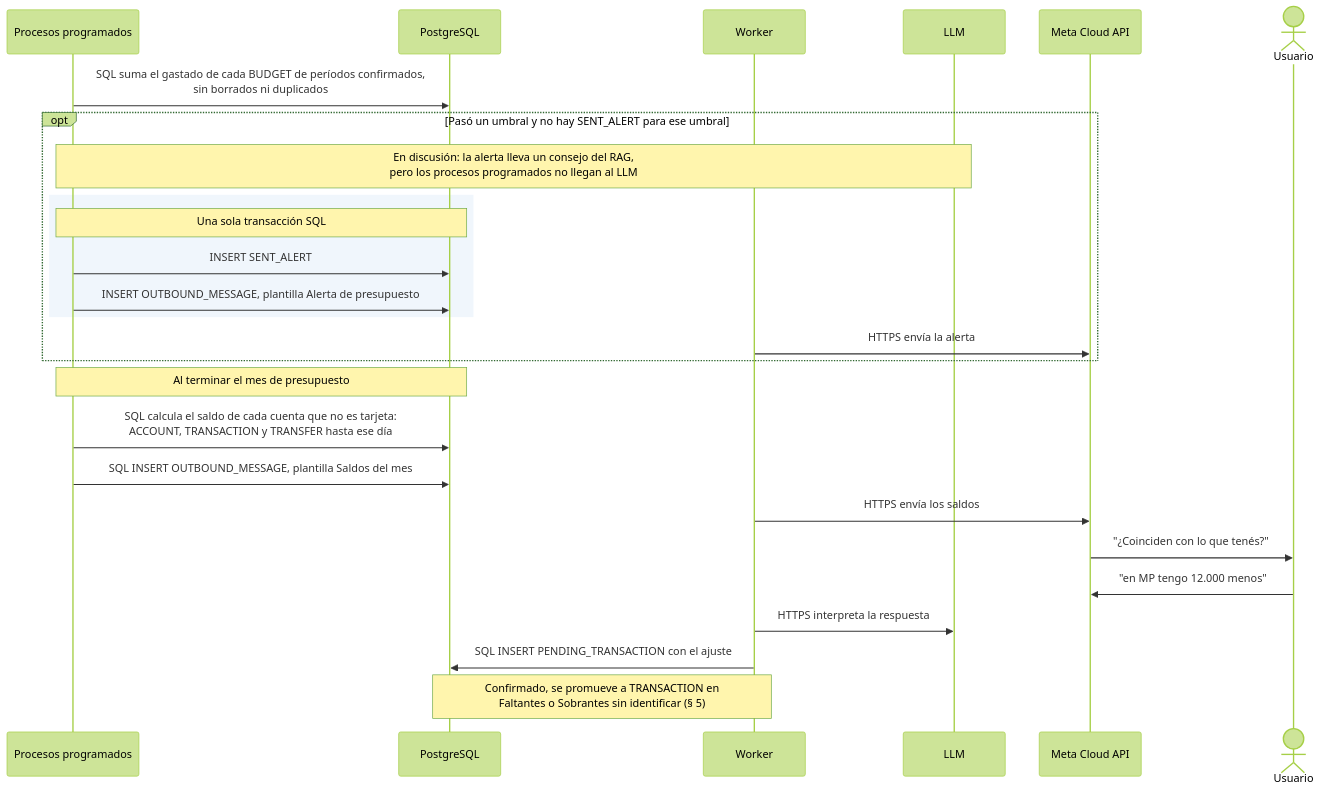
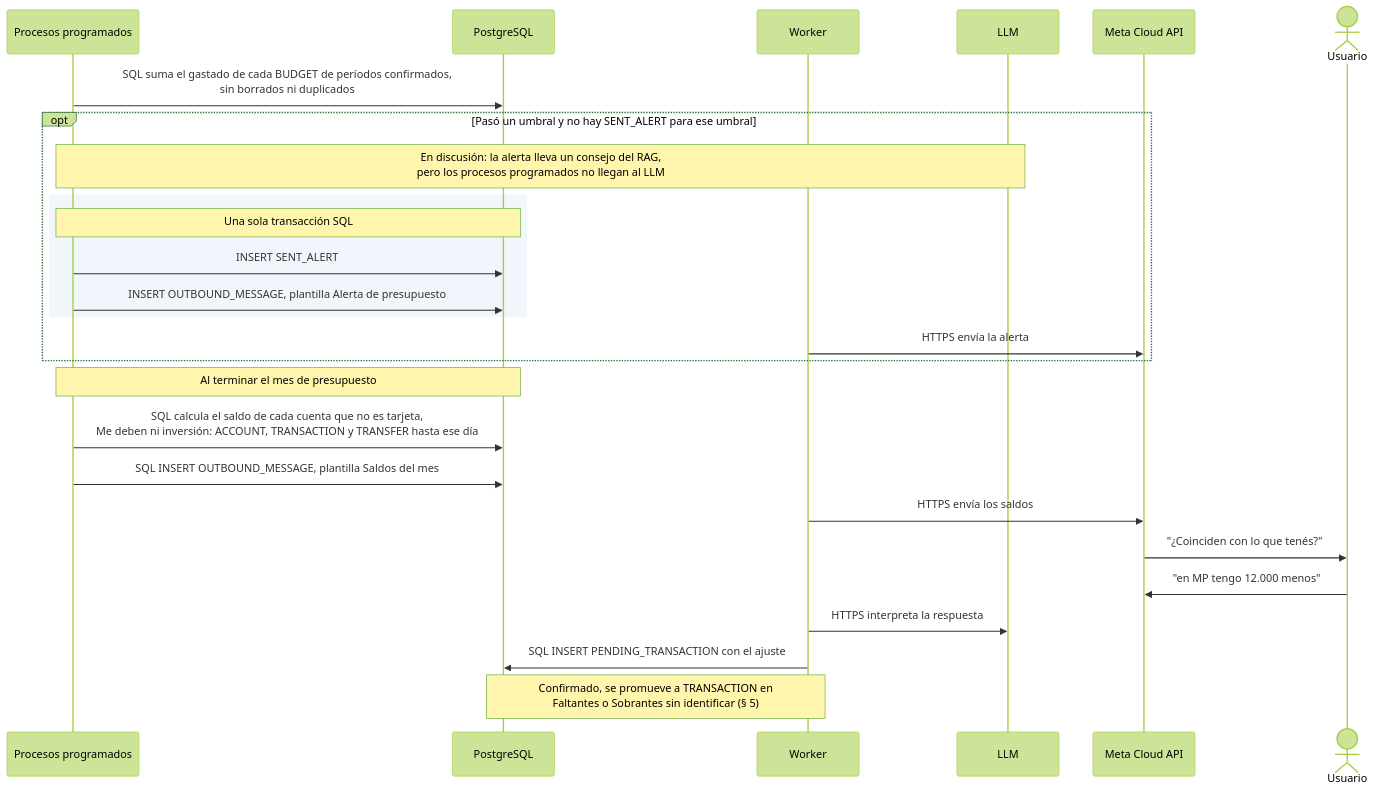
The seventh of 10 diagrams in docs/recorrido-completo.md (verozacarias-prog/AI4Devs-finalproject), drawn with Mermaid (forest theme) before and after one commit. The commit also changed 4 other files, not shown here.

First line of the commit message:
docs: una cuenta de inversión solo recibe aportes y retiros

````diff
--- a/docs/recorrido-completo.md
+++ b/docs/recorrido-completo.md
@@ -308,29 +308,29 @@
 ```mermaid
 sequenceDiagram
     participant S as Procesos programados
     participant DB as PostgreSQL
     participant W as Worker
     participant L as LLM
     participant M as Meta Cloud API
     actor U as Usuario
 
     S->>DB: SQL suma el gastado de cada BUDGET de períodos confirmados,<br/>sin borrados ni duplicados
     opt Pasó un umbral y no hay SENT_ALERT para ese umbral
         Note over S,L: En discusión: la alerta lleva un consejo del RAG,<br/>pero los procesos programados no llegan al LLM
         rect rgb(240, 246, 252)
             Note over S,DB: Una sola transacción SQL
             S->>DB: INSERT SENT_ALERT
             S->>DB: INSERT OUTBOUND_MESSAGE, plantilla Alerta de presupuesto
         end
         W->>M: HTTPS envía la alerta
     end
     Note over S,DB: Al terminar el mes de presupuesto
-    S->>DB: SQL calcula el saldo de cada cuenta que no es tarjeta:<br/>ACCOUNT, TRANSACTION y TRANSFER hasta ese día
+    S->>DB: SQL calcula el saldo de cada cuenta que no es tarjeta,<br/>Me deben ni inversión: ACCOUNT, TRANSACTION y TRANSFER hasta ese día
     S->>DB: SQL INSERT OUTBOUND_MESSAGE, plantilla Saldos del mes
     W->>M: HTTPS envía los saldos
     M->>U: "¿Coinciden con lo que tenés?"
     U->>M: "en MP tengo 12.000 menos"
     W->>L: HTTPS interpreta la respuesta
     W->>DB: SQL INSERT PENDING_TRANSACTION con el ajuste
     Note over W,DB: Confirmado, se promueve a TRANSACTION en<br/>Faltantes o Sobrantes sin identificar (§ 5)
 ```
````
